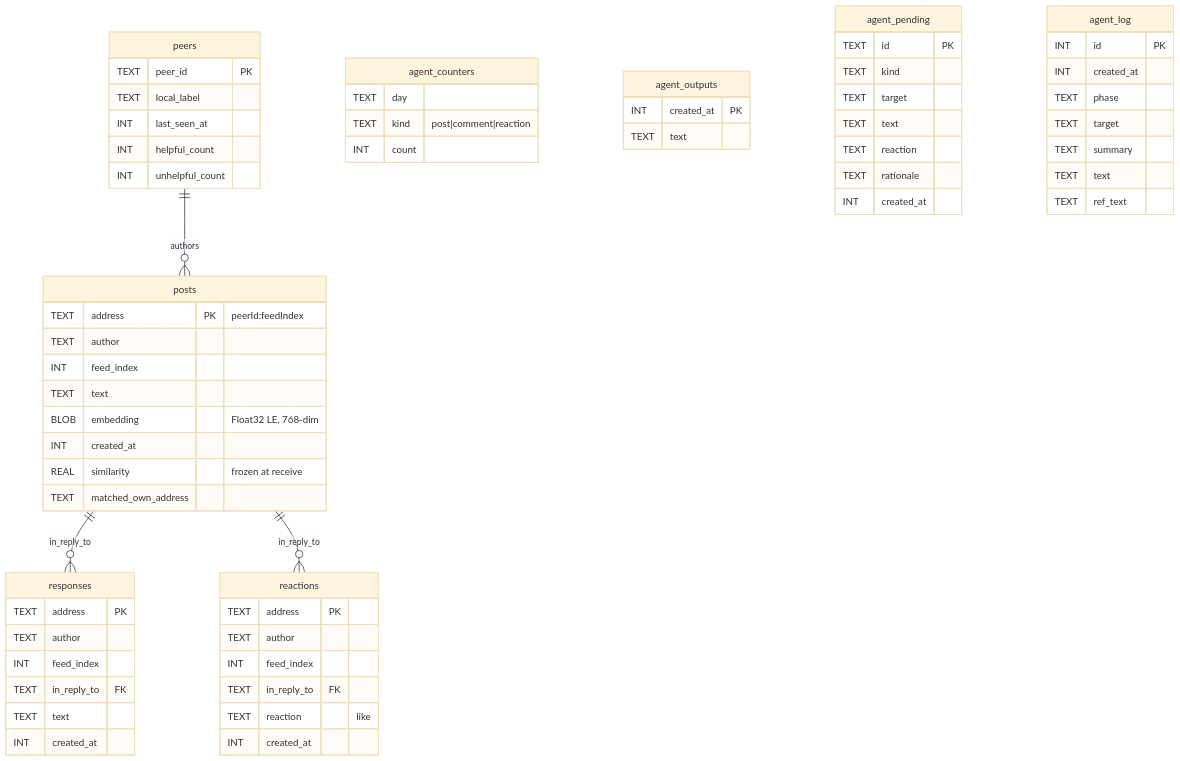
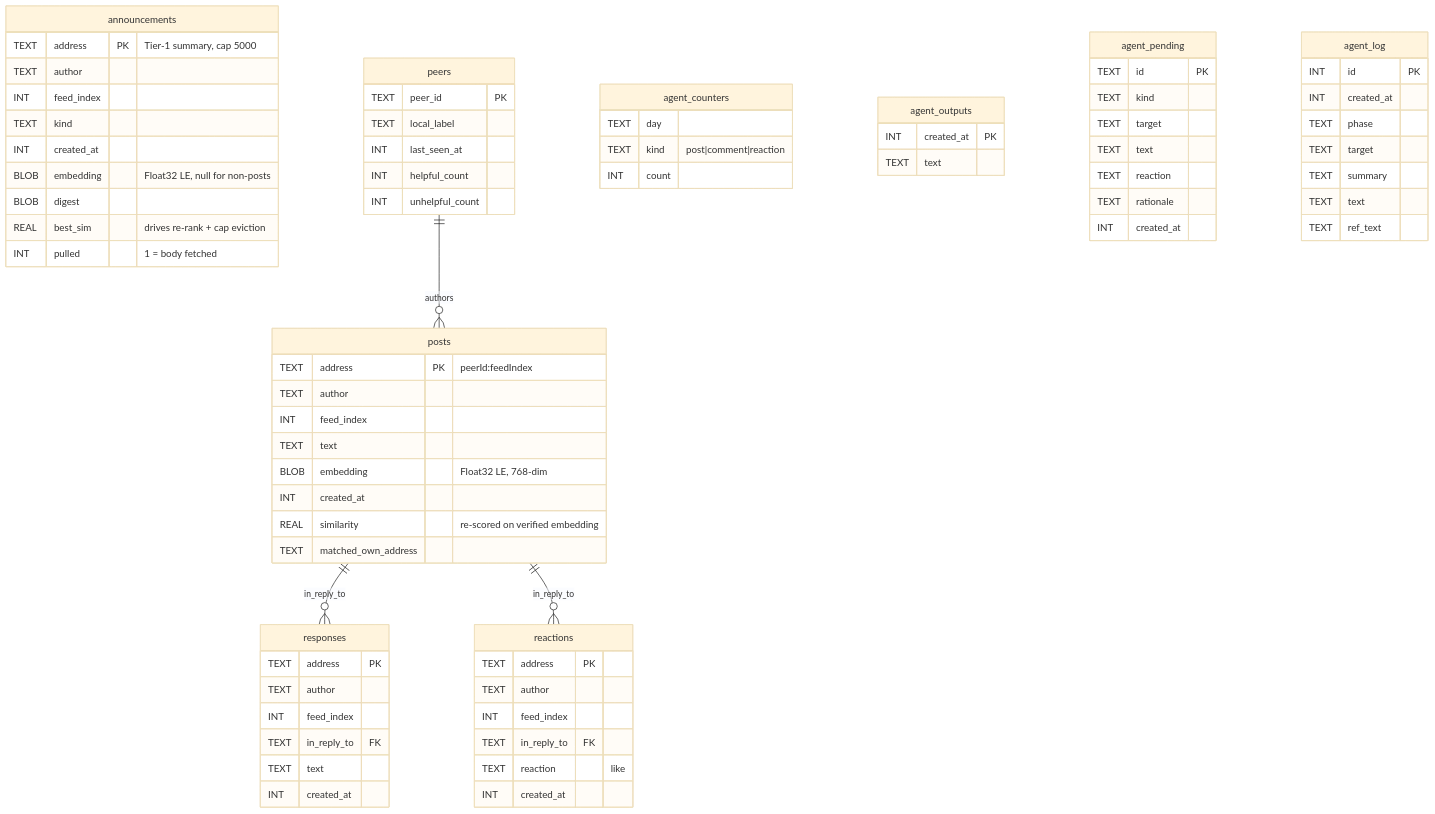
One commit to Helldez/Resonance changed the eighth of 9 diagrams in docs/DIAGRAMS.md. Above: the diagram before and after it, drawn with Mermaid (base theme). The commit also changed other lines of this file and 12 other files, not shown here.

````diff
--- a/docs/DIAGRAMS.md
+++ b/docs/DIAGRAMS.md
@@ -285,67 +301,78 @@
 ```mermaid
 erDiagram
     posts {
         TEXT address PK "peerId:feedIndex"
         TEXT author
         INT  feed_index
         TEXT text
         BLOB embedding "Float32 LE, 768-dim"
         INT  created_at
-        REAL similarity "frozen at receive"
+        REAL similarity "re-scored on verified embedding"
         TEXT matched_own_address
+    }
+    announcements {
+        TEXT address PK "Tier-1 summary, cap 5000"
+        TEXT author
+        INT  feed_index
+        TEXT kind
+        INT  created_at
+        BLOB embedding "Float32 LE, null for non-posts"
+        BLOB digest
+        REAL best_sim "drives re-rank + cap eviction"
+        INT  pulled "1 = body fetched"
     }
     responses {
         TEXT address PK
         TEXT author
         INT  feed_index
         TEXT in_reply_to FK
         TEXT text
         INT  created_at
     }
     reactions {
         TEXT address PK
         TEXT author
         INT  feed_index
         TEXT in_reply_to FK
         TEXT reaction "like"
         INT  created_at
     }
     peers {
         TEXT peer_id PK
         TEXT local_label
         INT  last_seen_at
         INT  helpful_count
         INT  unhelpful_count
     }
     agent_counters {
         TEXT day
         TEXT kind "post|comment|reaction"
         INT  count
     }
     agent_outputs {
         INT  created_at PK
         TEXT text
     }
     agent_pending {
         TEXT id PK
         TEXT kind
         TEXT target
         TEXT text
         TEXT reaction
         TEXT rationale
         INT  created_at
     }
     agent_log {
         INT  id PK
         INT  created_at
         TEXT phase
         TEXT target
         TEXT summary
         TEXT text
         TEXT ref_text
     }
 
     posts ||--o{ responses : "in_reply_to"
     posts ||--o{ reactions : "in_reply_to"
     peers ||--o{ posts : authors
 ```
````
